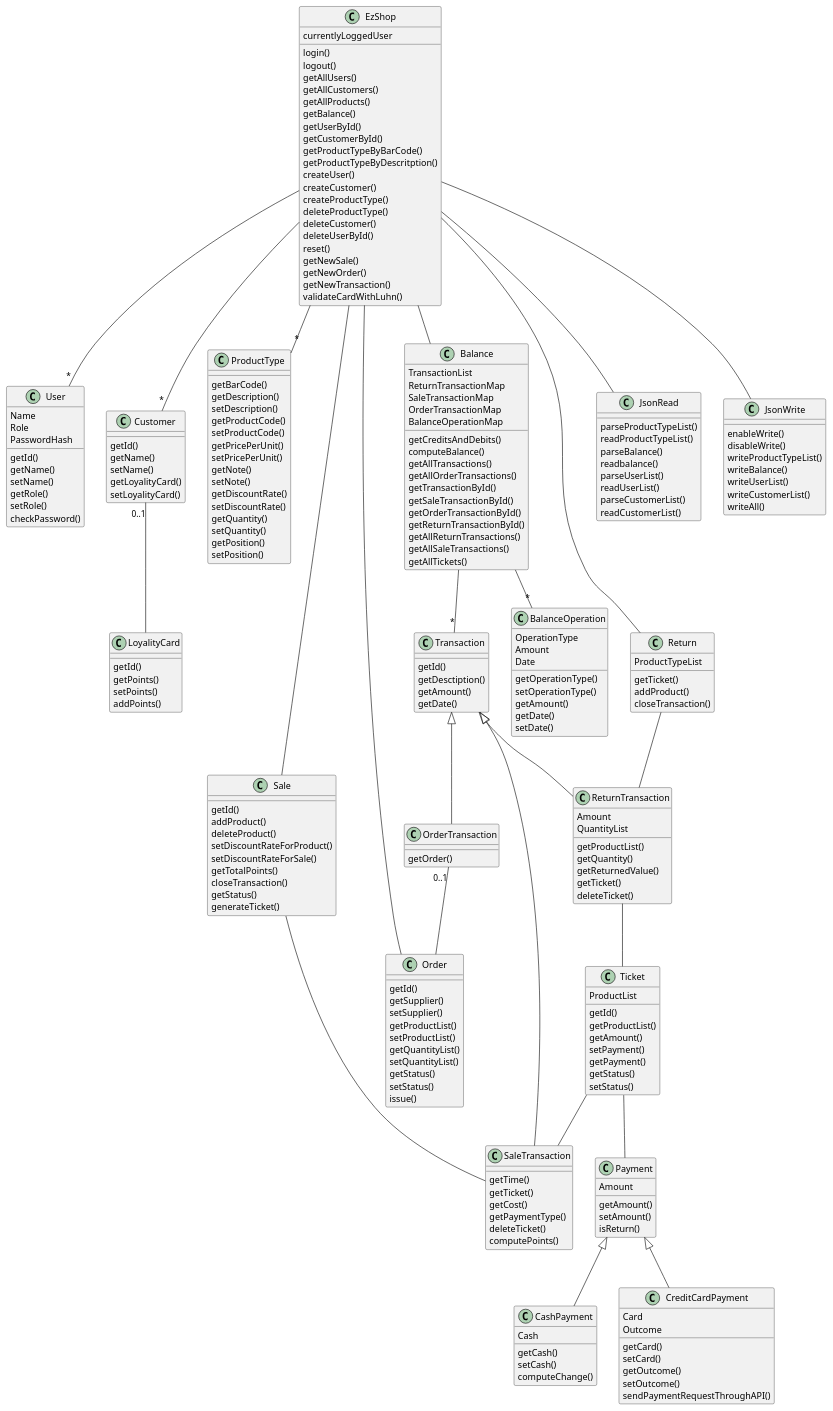
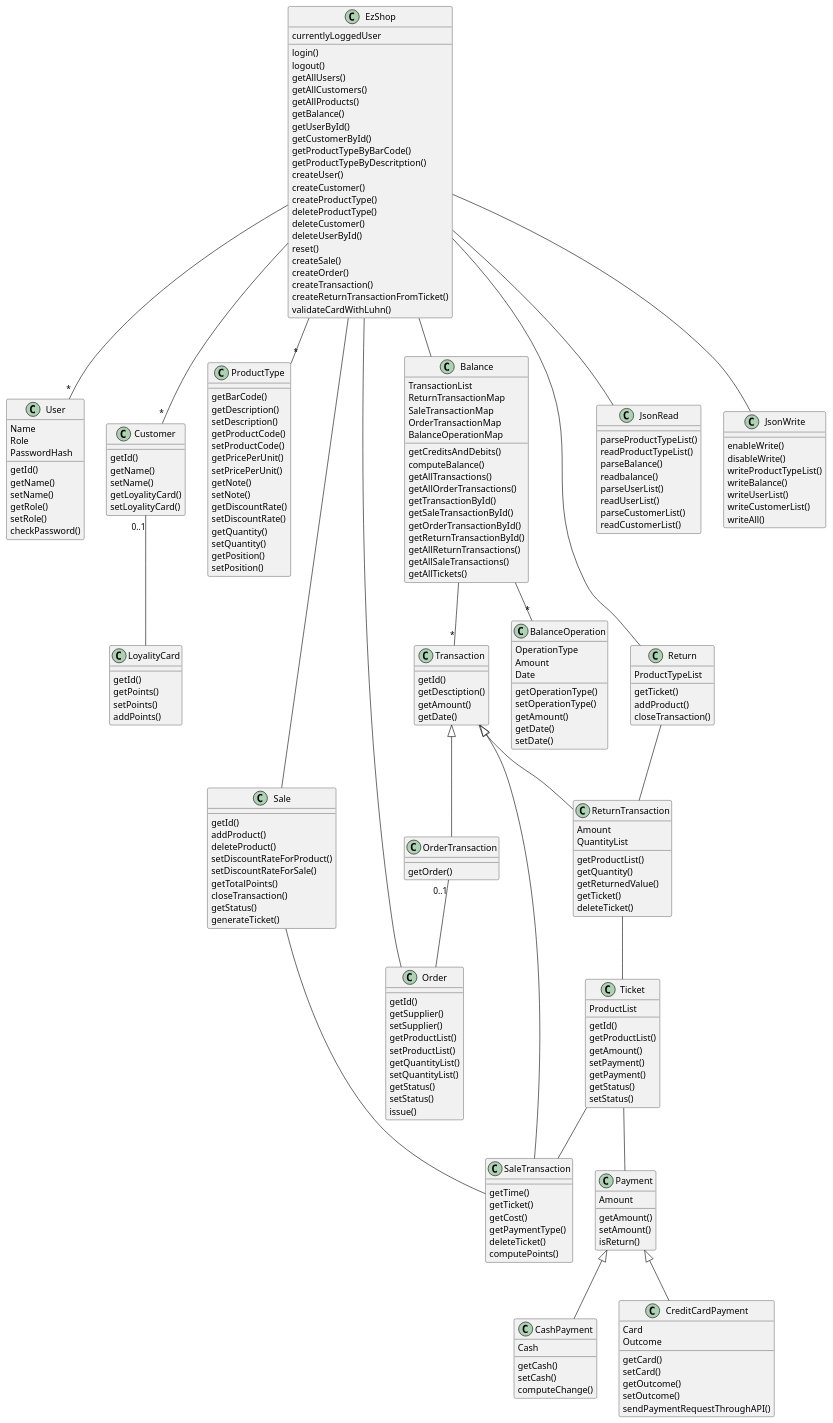
Before and after one commit to paolotron/EzshoProject31: the second of 4 diagrams in Deliverables/DesignDocument.md, drawn with PlantUML.

```diff
--- a/Deliverables/DesignDocument.md
+++ b/Deliverables/DesignDocument.md
@@ -75,9 +75,10 @@
     deleteCustomer()
     deleteUserById()
     reset()
-    getNewSale()
-    getNewOrder()
-    getNewTransaction()
+    createSale()
+    createOrder()
+    createTransaction()
+    createReturnTransactionFromTicket()
     validateCardWithLuhn()
     currentlyLoggedUser
 }
```
